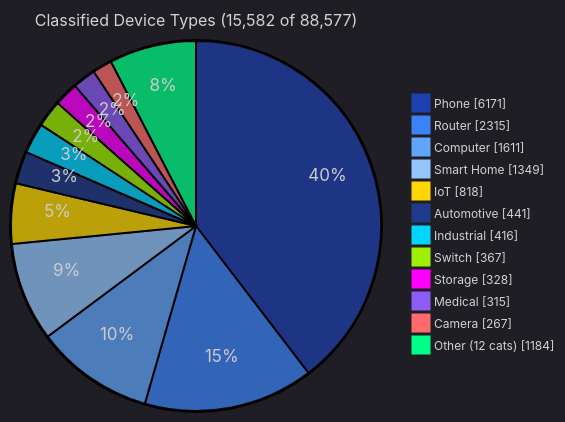
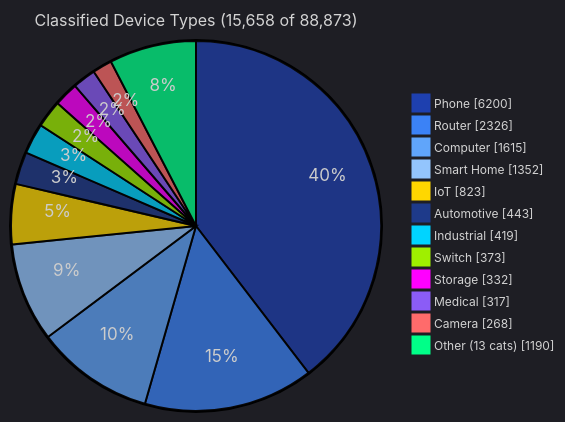
Before and after one commit to user7321347/OUI-Master-Database: the fourth of 5 diagrams in README.md, drawn with Mermaid. The commit also changed other lines of this file and 14 other files, not shown here.

````diff
--- a/README.md
+++ b/README.md
@@ -166,17 +166,17 @@
 ```mermaid
 %%{init: {'theme':'dark', 'themeVariables': {'pie1':'#1E40AF','pie2':'#3B82F6','pie3':'#60A5FA','pie4':'#93C5FD','pie5':'#FFD700','pie6':'#1E3A8A','pie7':'#00D4FF','pie8':'#9FEF00','pie9':'#FF00FF','pie10':'#8B5CF6','pie11':'#FF6B6B','pie12':'#00FF88','pieTitleTextSize':'16px','pieLegendTextSize':'12px'}}}%%
 pie showData
-    title Classified Device Types (15,582 of 88,577)
-    "Phone" : 6171
-    "Router" : 2315
-    "Computer" : 1611
-    "Smart Home" : 1349
-    "IoT" : 818
-    "Automotive" : 441
-    "Industrial" : 416
-    "Switch" : 367
-    "Storage" : 328
-    "Medical" : 315
-    "Camera" : 267
-    "Other (12 cats)" : 1184
+    title Classified Device Types (15,658 of 88,873)
+    "Phone" : 6200
+    "Router" : 2326
+    "Computer" : 1615
+    "Smart Home" : 1352
+    "IoT" : 823
+    "Automotive" : 443
+    "Industrial" : 419
+    "Switch" : 373
+    "Storage" : 332
+    "Medical" : 317
+    "Camera" : 268
+    "Other (13 cats)" : 1190
 ```
````
